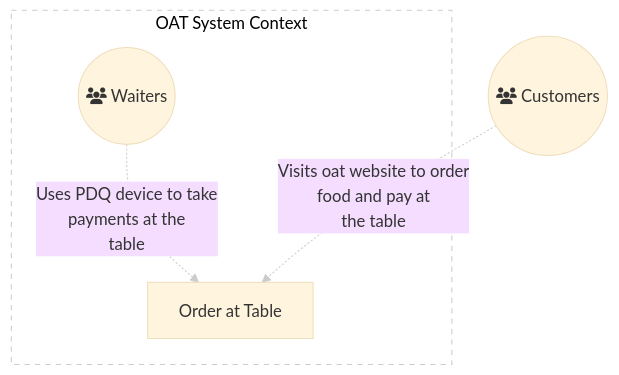
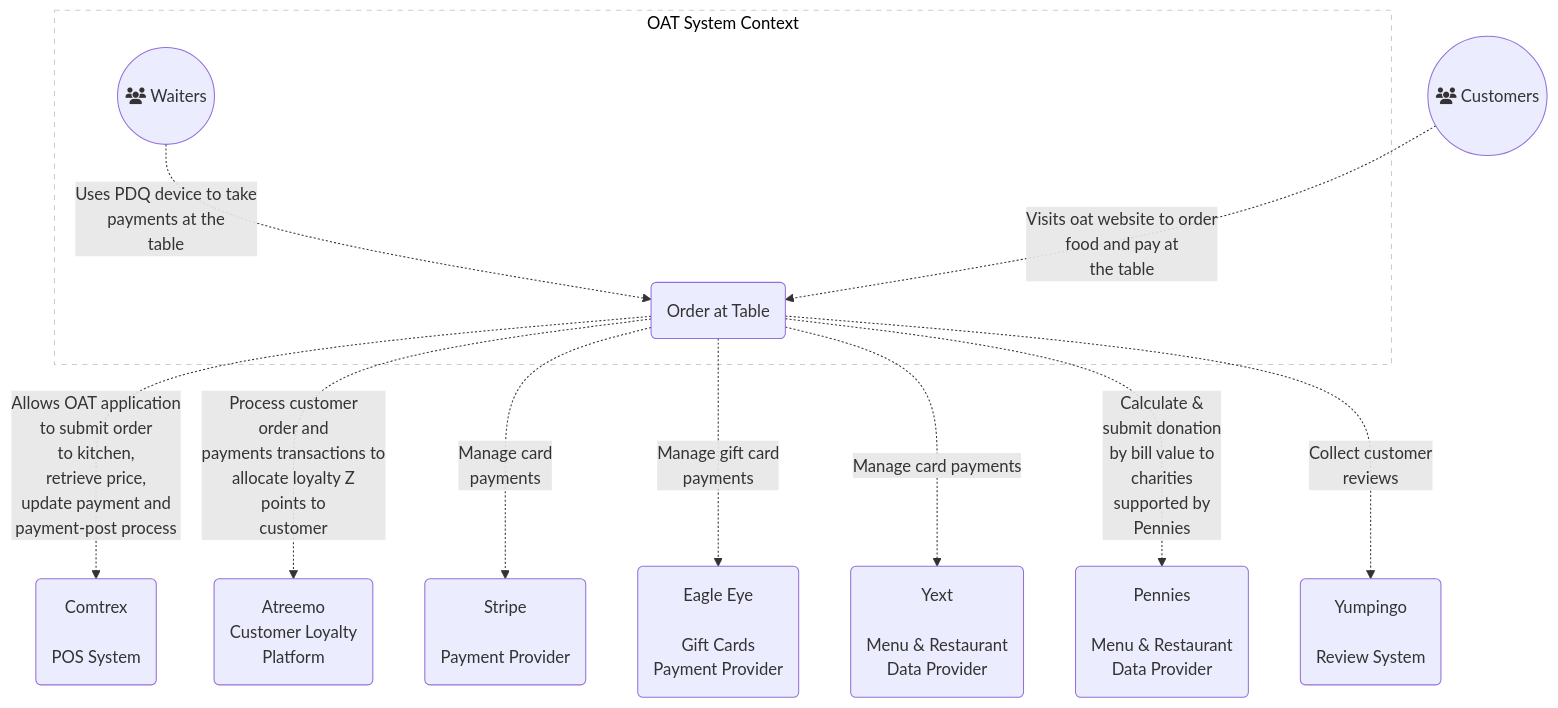
Before and after one commit to anandakumarpalanisamy/css-recipes: the first of 5 diagrams in README.md, drawn with Mermaid.

````diff
--- a/README.md
+++ b/README.md
@@ -3,11 +3,18 @@
 ```mermaid
-%%{init: {'theme':'base', 'themeVariables': { 'lineColor': '#cccccc'}}}%%
+%%{init: {'theme':'base','themeVariables': { 'lineColor': '#cccccc'}}}}%%
 graph TB
     subgraph SystemContext [OAT System Context]
     style SystemContext fill:#fff,stroke:#ccc,stroke-width:1px,color:#000,stroke-dasharray: 5 5
-    Waiter((fa:fa-users Waiters)) -. "Uses PDQ device to take<br/>payments at the<br/>table" .-> OAT[Order at Table]
+    Waiter((fa:fa-users Waiters)) -. "Uses PDQ device to take<br/>payments at the<br/>table" .-> OAT(Order at Table)
     end
 
-    Customer((fa:fa-users Customers)) -. "Visits oat website to order<br/>food and pay at<br/> the table" .-> OAT
+    Customer((fa:fa-users Customers)) -. "Visits oat website to order<br/>food and pay at<br/> the table" .-> OAT(Order at Table)
+    OAT(Order at Table) -. "Allows OAT application<br/> to submit order<br/> to kitchen,<br/> retrieve price,<br/> update payment and<br/> payment-post process" .-> Comtrex(Comtrex<br/></br/>POS System )
+    OAT(Order at Table) -. "Process customer<br/> order and<br/> payments transactions to<br/> allocate loyalty Z<br/> points to<br/> customer" .-> Atreemo(Atreemo <br/> Customer Loyalty <br/> Platform)
+    OAT(Order at Table) -. "Manage card<br/> payments" .-> Stripe(Stripe <br/><br/> Payment Provider)
+    OAT(Order at Table) -. "Manage gift card<br/> payments" .-> EagleEye(Eagle Eye <br/><br/> Gift Cards<br/> Payment Provider)
+    OAT(Order at Table) -. "Manage card payments" .-> Yext(Yext <br/><br/> Menu & Restaurant<br> Data Provider)
+    OAT(Order at Table) -. "Calculate &<br/> submit donation<br/> by bill value to<br/> charities<br/> supported by<br/> Pennies" .-> Pennies(Pennies <br/><br/> Menu & Restaurant<br> Data Provider)
+    OAT(Order at Table) -. "Collect customer<br/> reviews" .-> Yumpingo(Yumpingo <br/><br/> Review System)
     
 ```
````
